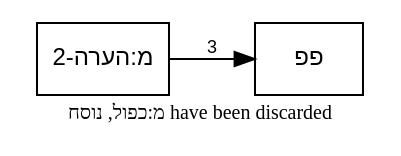
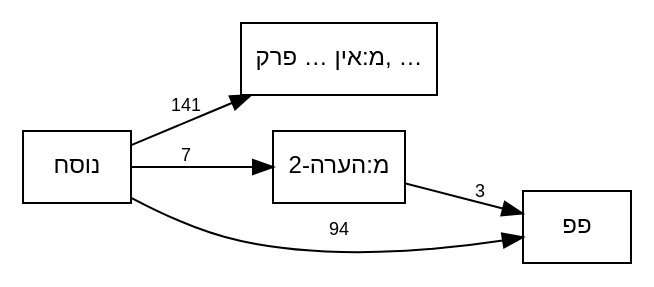
Before and after one commit to bdenckla/MAM-basics: the diagram in out/tmpl-survey-plus/plus-call-graph-c.dot, drawn with Graphviz. The commit also changed 6 other files, not shown here.

```diff
--- a/out/tmpl-survey-plus/plus-call-graph-c.dot
+++ b/out/tmpl-survey-plus/plus-call-graph-c.dot
@@ -1,17 +1,26 @@
 // This file was generated by MAM-basics/py/main_tmpl_survey.py.
 // Do not edit by hand.
 digraph template_call_graph {
     rankdir=LR;
     node [fontname="SBL Hebrew,Helvetica", fontsize=12];
     edge [fontname="Helvetica", fontsize=9];
     graph [comment="This file was generated by MAM-basics/py/main_tmpl_survey.py."];
 
     // Template nodes
     node [shape=box, style=""];
-
-    // Note
-    graph [label="מ:כפול, נוסח have been discarded", labelloc=b, fontsize=10];
+    "מ:אין … פרק, …" [tooltip="מ:אין פרשה בתחילת פרק
+מ:אין פרשה בתחילת פרק בספרי אמ״ת
+מ:קישור בהערה
+סס
+ססס
+פפפ
+ר1
+ר4
+ש"];
 
     // Edges
     "מ:הערה-2" -> "פפ" [label="3"];
+    "נוסח" -> "מ:אין … פרק, …" [label="141"];
+    "נוסח" -> "מ:הערה-2" [label="7"];
+    "נוסח" -> "פפ" [label="94"];
 }
```
